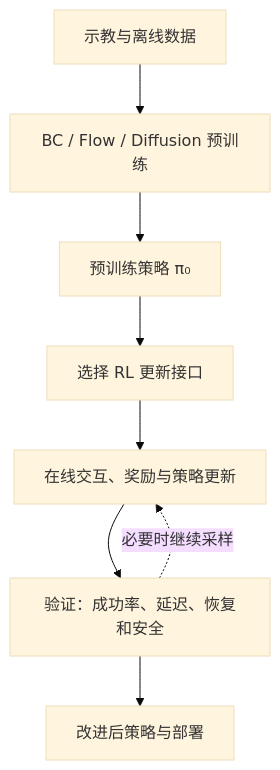
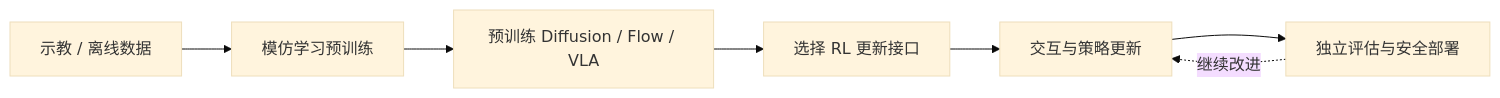
One commit to zengxiong111/Foundation_of_Embodied_AI changed the first of 5 diagrams in md/RL_Post_Training_ZH.md. Above: the diagram before and after it, drawn with Mermaid (base theme). The commit also changed other lines of this file and 6 other files, not shown here.

````diff
--- a/md/RL_Post_Training_ZH.md
+++ b/md/RL_Post_Training_ZH.md
@@ -31,11 +31,10 @@
 ```mermaid
 %% FIG: pipeline
-flowchart TB
-  D["示教与离线数据"] --> P["BC / Flow / Diffusion 预训练"]
-  P --> B["预训练策略 π₀"]
+flowchart LR
+  D["示教 / 离线数据"] --> P["模仿学习预训练"]
+  P --> B["预训练 Diffusion / Flow / VLA"]
   B --> R["选择 RL 更新接口"]
-  R --> U["在线交互、奖励与策略更新"]
-  U --> E["验证：成功率、延迟、恢复和安全"]
-  E --> F["改进后策略与部署"]
-  E -.->|必要时继续采样| U
+  R --> U["交互与策略更新"]
+  U --> E["独立评估与安全部署"]
+  E -.->|继续改进| U
 ```
````
